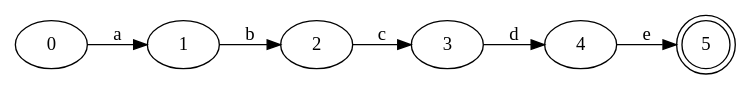
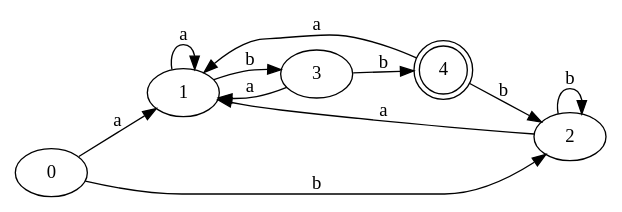
Before and after one commit to jua16073/lenguajes_proy1: the diagram in test-output/dfa_set.gv, drawn with Graphviz. The commit also changed 9 other files, not shown here.

```diff
--- a/test-output/dfa_set.gv
+++ b/test-output/dfa_set.gv
@@ -1,14 +1,18 @@
 digraph Automata {
 	rankdir=LR
 	0 [label=0]
 	0 -> 1 [label=a]
+	0 -> 2 [label=b]
 	1 [label=1]
-	1 -> 2 [label=b]
+	1 -> 1 [label=a]
+	1 -> 3 [label=b]
 	2 [label=2]
-	2 -> 3 [label=c]
+	2 -> 1 [label=a]
+	2 -> 2 [label=b]
 	3 [label=3]
-	3 -> 4 [label=d]
-	4 [label=4]
-	4 -> 5 [label=e]
-	5 [label=5 shape=doublecircle]
+	3 -> 1 [label=a]
+	3 -> 4 [label=b]
+	4 [label=4 shape=doublecircle]
+	4 -> 1 [label=a]
+	4 -> 2 [label=b]
 }
```
